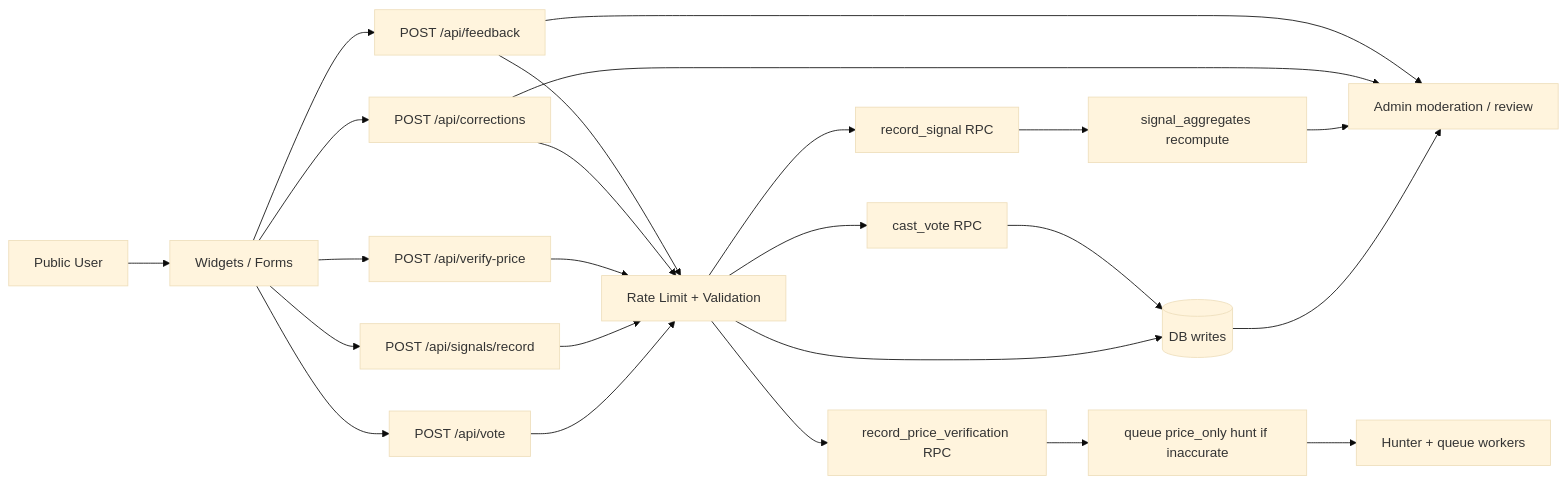
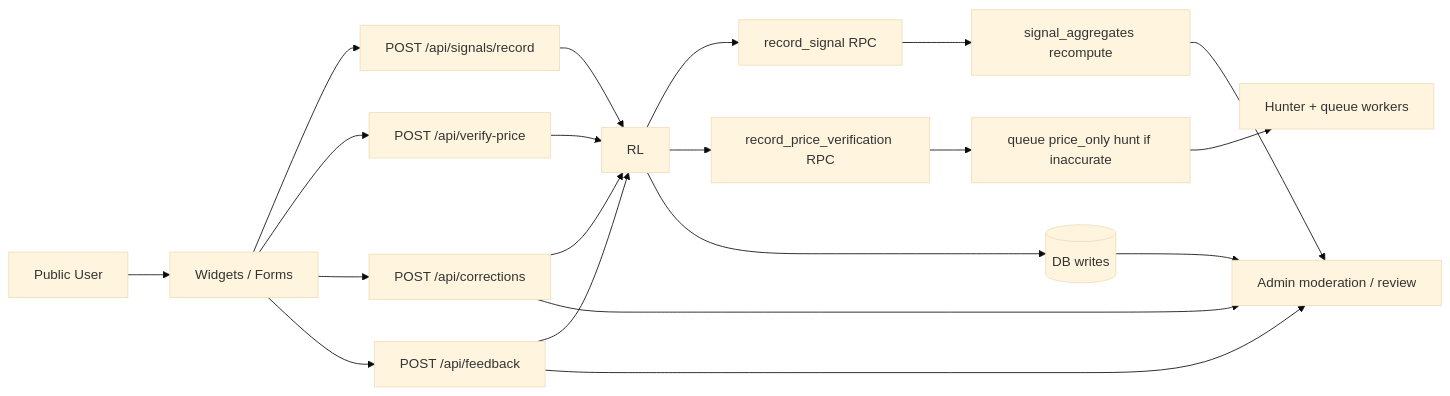
One commit to richardlitang/stackhunt changed the diagram in docs/TRUST_EVENTS_ARCHITECTURE.md. Above: the diagram before and after it, drawn with Mermaid (base theme). The commit also changed other lines of this file and 15 other files, not shown here.

````diff
--- a/docs/TRUST_EVENTS_ARCHITECTURE.md
+++ b/docs/TRUST_EVENTS_ARCHITECTURE.md
@@ -39,31 +37,27 @@
 ```mermaid
 flowchart LR
   U[Public User] --> UI[Widgets / Forms]
 
-  UI --> VOTE[POST /api/vote]
   UI --> SIGNAL[POST /api/signals/record]
   UI --> PRICE[POST /api/verify-price]
   UI --> CORR[POST /api/corrections]
   UI --> FEED[POST /api/feedback]
 
-  VOTE --> RL[Rate Limit + Validation]
   SIGNAL --> RL
   PRICE --> RL
   CORR --> RL
   FEED --> RL
 
-  RL --> RPC1[cast_vote RPC]
   RL --> RPC2[record_signal RPC]
   RL --> RPC3[record_price_verification RPC]
   RL --> DBW[(DB writes)]
 
-  RPC1 --> DBW
   RPC2 --> AGG[signal_aggregates recompute]
   RPC3 --> Q[queue price_only hunt if inaccurate]
 
   DBW --> MOD[Admin moderation / review]
   AGG --> MOD
   Q --> HUNT[Hunter + queue workers]
   CORR --> MOD
   FEED --> MOD
 ```
````
